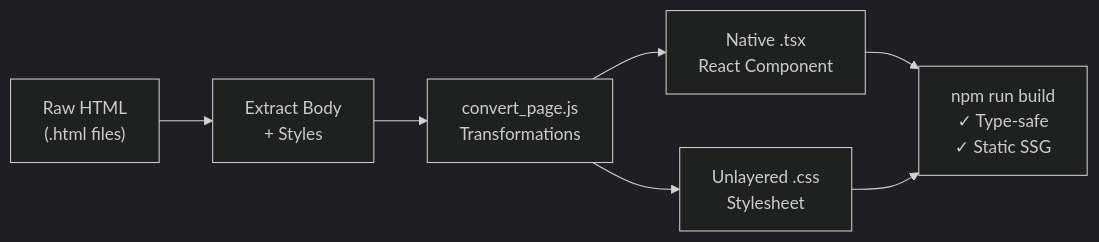
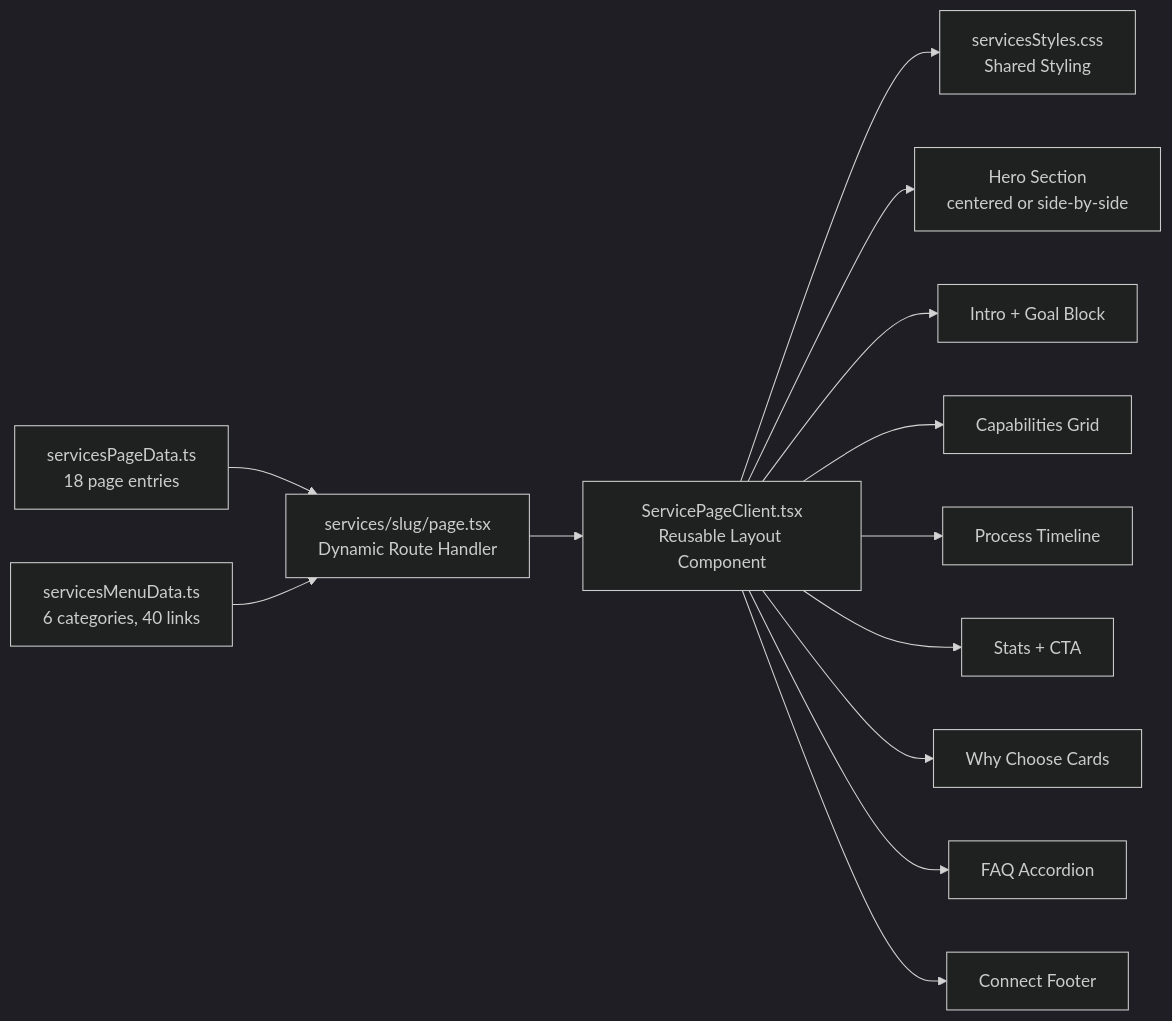
The second of 3 diagrams in README.md (JoelJose212/Creuto-Clone), drawn with Mermaid (dark theme) before and after one commit. The commit also changed other lines of this file, not shown here.

Commit message:
docs: comprehensive README update with dynamic service pages architecture and expanded project documentation

````diff
--- a/README.md
+++ b/README.md
@@ -212,9 +109,17 @@
 ```mermaid
 flowchart LR
-    A["Raw HTML\n(.html files)"] --> B["Extract Body\n+ Styles"]
-    B --> C["convert_page.js\nTransformations"]
-    C --> D["Native .tsx\nReact Component"]
-    C --> E["Unlayered .css\nStylesheet"]
-    D --> F["npm run build\n✓ Type-safe\n✓ Static SSG"]
-    E --> F
+    A["servicesPageData.ts\n18 page entries"] --> B["services/slug/page.tsx\nDynamic Route Handler"]
+    B --> C["ServicePageClient.tsx\nReusable Layout Component"]
+    C --> D["servicesStyles.css\nShared Styling"]
+    
+    E["servicesMenuData.ts\n6 categories, 40 links"] --> B
+    
+    C --> F["Hero Section\ncentered or side-by-side"]
+    C --> G["Intro + Goal Block"]
+    C --> H["Capabilities Grid"]
+    C --> I["Process Timeline"]
+    C --> J["Stats + CTA"]
+    C --> K["Why Choose Cards"]
+    C --> L["FAQ Accordion"]
+    C --> M["Connect Footer"]
 ```
````
